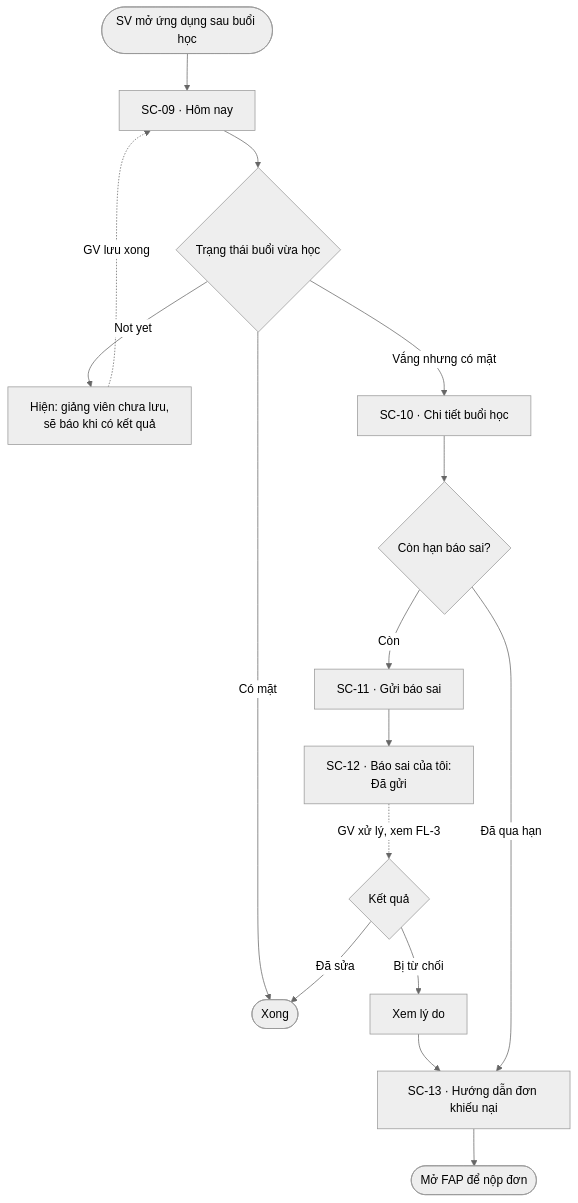
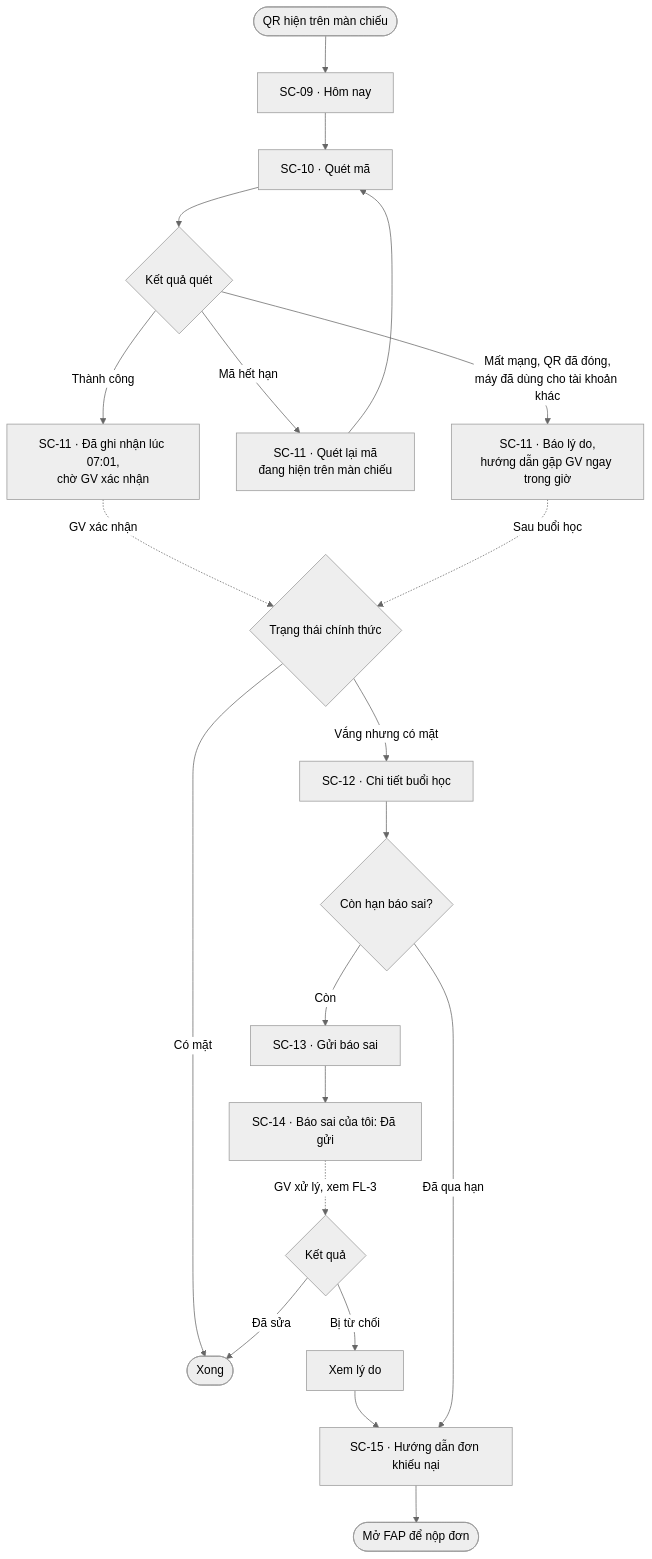
The third of 4 diagrams in ux/user-flow.md (thiengthb/prm323-lab2-SE190533-archieve), drawn with Mermaid (neutral theme) before and after one commit. The commit also changed other lines of this file and 3 other files, not shown here.

First line of the commit message:
Rewrite lecturer flow for projected QR attendance (D-19)

````diff
--- a/ux/user-flow.md
+++ b/ux/user-flow.md
@@ -110,18 +133,23 @@
 ```mermaid
 flowchart TD
-    A([SV mở ứng dụng sau buổi học]) --> B["SC-09 · Hôm nay"]
-    B --> C{"Trạng thái buổi vừa học"}
-    C -->|Có mặt| Z([Xong])
-    C -->|Not yet| W["Hiện: giảng viên chưa lưu,<br/>sẽ báo khi có kết quả"]
-    W -.->|GV lưu xong| B
-    C -->|Vắng nhưng có mặt| D["SC-10 · Chi tiết buổi học"]
-    D --> E{"Còn hạn báo sai?"}
-    E -->|Còn| F["SC-11 · Gửi báo sai"]
-    F --> G["SC-12 · Báo sai của tôi:<br/>Đã gửi"]
-    G -.->|GV xử lý, xem FL-3| H{"Kết quả"}
-    H -->|Đã sửa| Z
-    H -->|Bị từ chối| I["Xem lý do"]
-    I --> J["SC-13 · Hướng dẫn đơn khiếu nại"]
-    E -->|Đã qua hạn| J
-    J --> K([Mở FAP để nộp đơn])
+    A([QR hiện trên màn chiếu]) --> B["SC-09 · Hôm nay"]
+    B --> C["SC-10 · Quét mã"]
+    C --> D{"Kết quả quét"}
+    D -->|Thành công| E["SC-11 · Đã ghi nhận lúc 07:01,<br/>chờ GV xác nhận"]
+    D -->|Mã hết hạn| F["SC-11 · Quét lại mã<br/>đang hiện trên màn chiếu"]
+    F --> C
+    D -->|"Mất mạng, QR đã đóng,<br/>máy đã dùng cho tài khoản khác"| G["SC-11 · Báo lý do,<br/>hướng dẫn gặp GV ngay trong giờ"]
+    E -.->|GV xác nhận| H{"Trạng thái chính thức"}
+    G -.->|Sau buổi học| H
+    H -->|Có mặt| Z([Xong])
+    H -->|Vắng nhưng có mặt| I["SC-12 · Chi tiết buổi học"]
+    I --> J{"Còn hạn báo sai?"}
+    J -->|Còn| K["SC-13 · Gửi báo sai"]
+    K --> L["SC-14 · Báo sai của tôi: Đã gửi"]
+    L -.->|GV xử lý, xem FL-3| M{"Kết quả"}
+    M -->|Đã sửa| Z
+    M -->|Bị từ chối| N["Xem lý do"]
+    N --> O["SC-15 · Hướng dẫn đơn khiếu nại"]
+    J -->|Đã qua hạn| O
+    O --> P([Mở FAP để nộp đơn])
 ```
````
